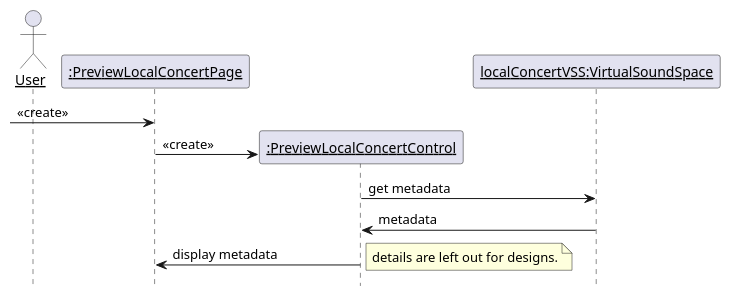
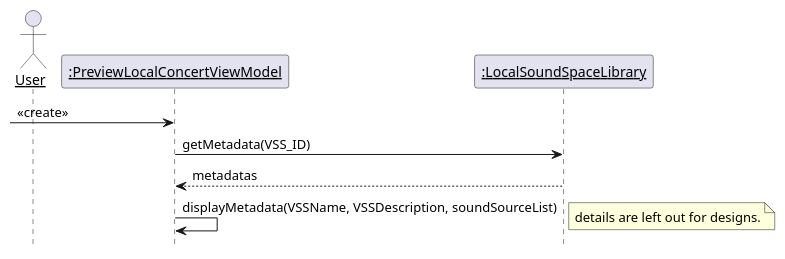
Diagram 27 of 33 in 设计/顺序图.md (kpp19920121/doc), drawn with PlantUML before and after one commit. The commit also changed other lines of this file and 5 other files, not shown here.

````diff
--- a/设计/顺序图.md
+++ b/设计/顺序图.md
@@ -854,21 +848,18 @@
 ```PlantUML
 @startuml Diagrams/PreviewLocalConcertVSS
 hide footbox
 skinparam sequenceParticipant underline
 actor User as user
+participant ":PreviewLocalConcertViewModel" as viewModel
+participant ":LocalSoundSpaceLibrary" as library
+create viewModel
+[-> viewModel: <<create>>
+viewModel -> library: getMetadata(VSS_ID)
+library --> viewModel: metadatas
+viewModel -> viewModel: displayMetadata(VSSName, VSSDescription, soundSourceList)
 
-participant ":PreviewLocalConcertPage" as page
-participant ":PreviewLocalConcertControl" as control
-participant "localConcertVSS:VirtualSoundSpace" as vss
-create page
-[-> page: <<create>>
-create control
-page -> control: <<create>>
-control -> vss: get metadata
-vss -> control: metadata
-control -> page: display metadata
 note right
 details are left out for designs.
 end note
 @enduml
 ```
````
